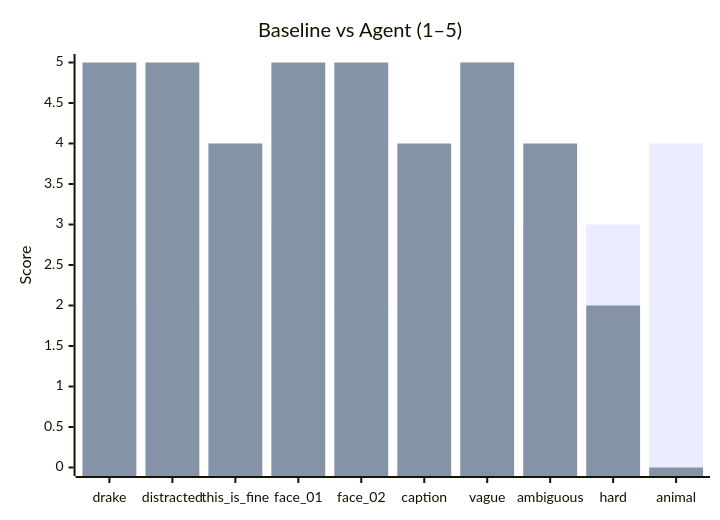
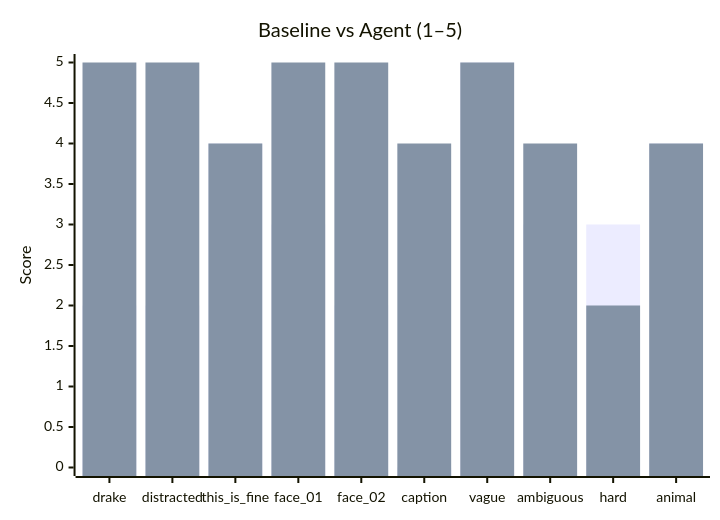
One commit to Ahmad-Waseem/memeoize changed the second of 3 diagrams in report.md. Above: the diagram before and after it, drawn with Mermaid. The commit also changed other lines of this file and 2 other files, not shown here.

````diff
--- a/report.md
+++ b/report.md
@@ -46,8 +44,8 @@
 ```mermaid
 xychart-beta
     title "Baseline vs Agent (1–5)"
     x-axis ["drake", "distracted", "this_is_fine", "face_01", "face_02", "caption", "vague", "ambiguous", "hard", "animal"]
     y-axis "Score" 0 --> 5
     bar [2, 2, 4, 3, 2, 0, 5, 3, 3, 4]
-    bar [5, 5, 4, 5, 5, 4, 5, 4, 2, 0]
+    bar [5, 5, 4, 5, 5, 4, 5, 4, 2, 4]
 ```
````
